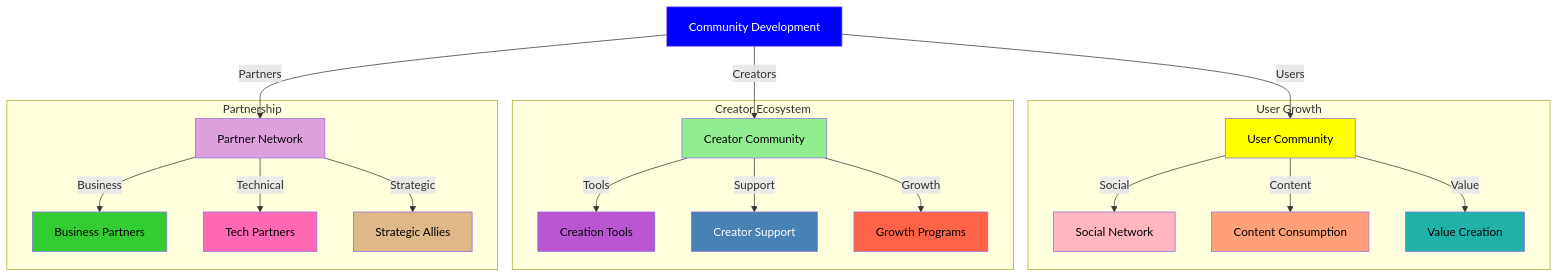
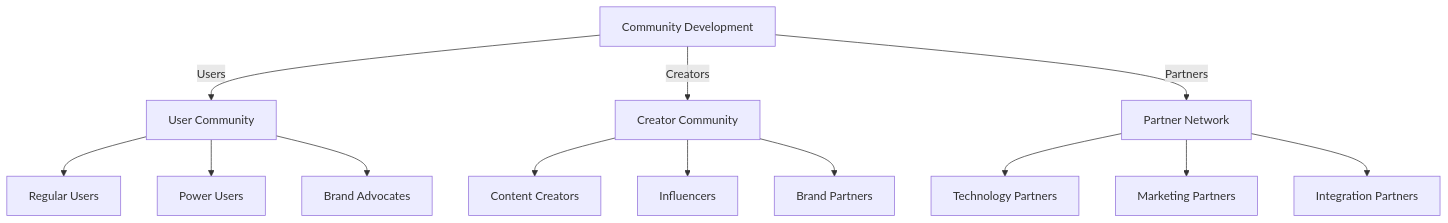
One commit to MEMEFANS/memefans changed the third of 7 diagrams in docs/whitepaper/future-development.md. Above: the diagram before and after it, drawn with Mermaid. The commit also changed other lines of this file and 7 other files, not shown here.

````diff
--- a/docs/whitepaper/future-development.md
+++ b/docs/whitepaper/future-development.md
@@ -169,38 +49,18 @@
-<div class="mermaid">
+```mermaid
 graph TD
     A[Community Development] -->|Users| B[User Community]
     A -->|Creators| C[Creator Community]
     A -->|Partners| D[Partner Network]
     
-    subgraph User Growth
-    B -->|Social| E[Social Network]
-    B -->|Content| F[Content Consumption]
-    B -->|Value| G[Value Creation]
-    end
+    B --> B1[Regular Users]
+    B --> B2[Power Users]
+    B --> B3[Brand Advocates]
     
-    subgraph Creator Ecosystem
-    C -->|Tools| H[Creation Tools]
-    C -->|Support| I[Creator Support]
-    C -->|Growth| J[Growth Programs]
-    end
+    C --> C1[Content Creators]
+    C --> C2[Influencers]
+    C --> C3[Brand Partners]
     
-    subgraph Partnership
-    D -->|Business| K[Business Partners]
-    D -->|Technical| L[Tech Partners]
-    D -->|Strategic| M[Strategic Allies]
-    end
-    
-    style A fill:#0000FF,color:#FFFFFF
-    style B fill:#FFFF00,color:#000000
-    style C fill:#90EE90,color:#000000
-    style D fill:#DDA0DD,color:#000000
-    style E fill:#FFB6C1,color:#000000
-    style F fill:#FFA07A,color:#000000
-    style G fill:#20B2AA,color:#000000
-    style H fill:#BA55D3,color:#000000
-    style I fill:#4682B4,color:#FFFFFF
-    style J fill:#FF6347,color:#000000
-    style K fill:#32CD32,color:#000000
-    style L fill:#FF69B4,color:#000000
-    style M fill:#DEB887,color:#000000
-</div>
+    D --> D1[Technology Partners]
+    D --> D2[Marketing Partners]
+    D --> D3[Integration Partners]
+```
````
